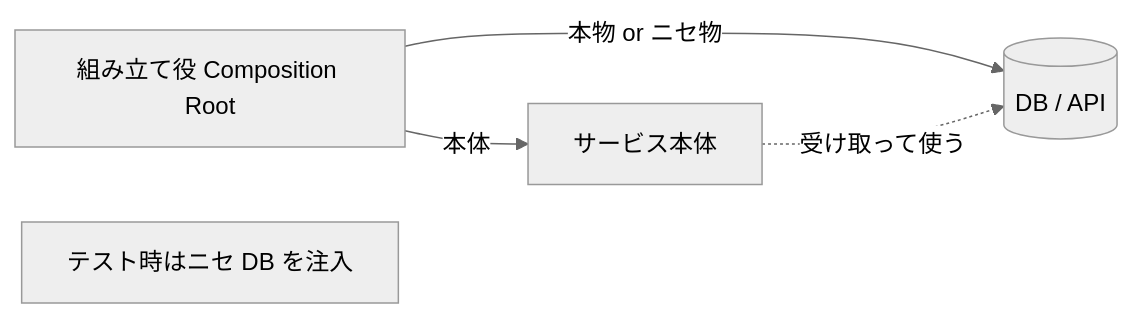
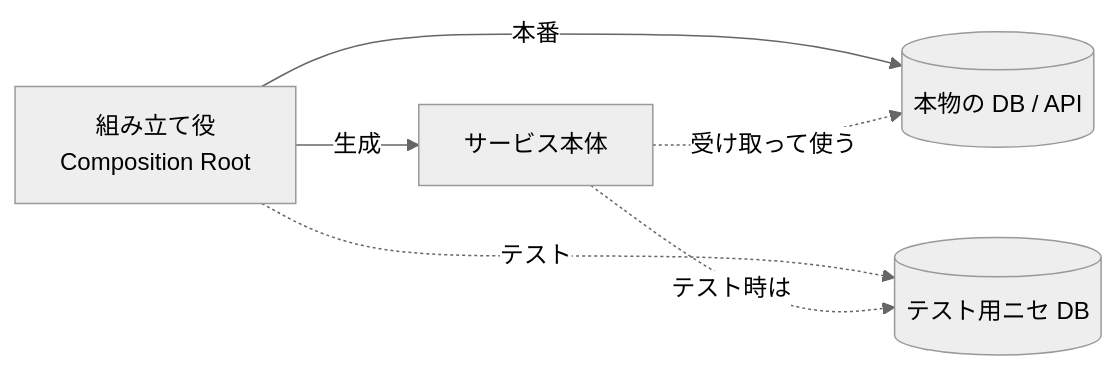
Before and after one commit to O6lvl4/O6lvl4-knowledge: the diagram in vault/dependency-injection.md, drawn with Mermaid (neutral theme). The commit also changed 31 other files, not shown here.

Commit message:
vault 全体の mermaid 構文エラーを一括修正（特殊文字を含むラベルを引用）

````diff
--- a/vault/dependency-injection.md
+++ b/vault/dependency-injection.md
@@ -16,7 +16,12 @@
 ```mermaid
 flowchart LR
-    組立[組み立て役 Composition Root] -->|本体| 本体[サービス本体]
-    組立 -->|本物 or ニセ物| DB[(DB / API)]
-    本体 -.受け取って使う.-> DB
-    note[テスト時はニセ DB を注入]
+    Root["組み立て役<br/>Composition Root"]
+    Body["サービス本体"]
+    Real[("本物の DB / API")]
+    Mock[("テスト用ニセ DB")]
+    Root -->|生成| Body
+    Root -->|本番| Real
+    Root -.->|テスト| Mock
+    Body -.->|受け取って使う| Real
+    Body -.->|テスト時は| Mock
 ```
````
